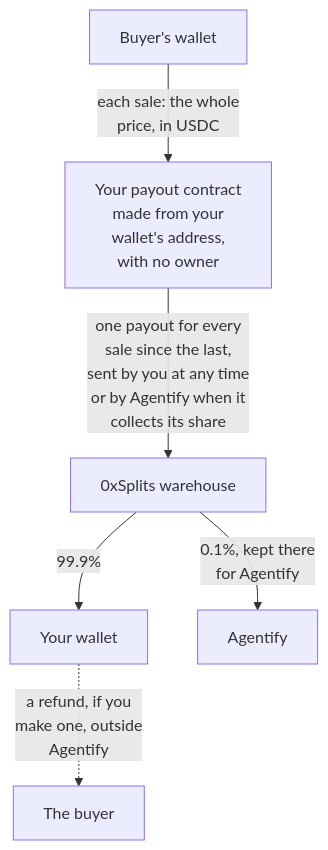
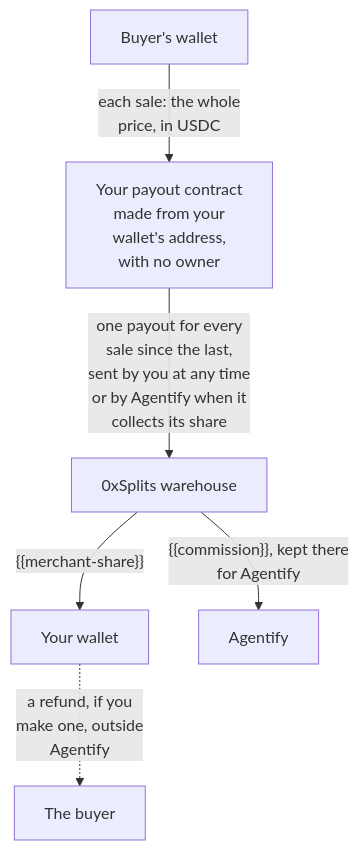
The diagram in apps/docs/money.md (nuanu-ai/agentify), drawn with Mermaid before and after one commit. The commit also changed other lines of this file and 8 other files, not shown here.

````diff
--- a/apps/docs/money.md
+++ b/apps/docs/money.md
@@ -10,10 +10,10 @@
 ```mermaid
 flowchart TB
     accTitle: Where a buyer's payment goes
-    accDescr: Each sale pays the whole price in USDC into your payout contract, which is made from your wallet's address and has no owner. One payout transaction, sent by you at any time or by Agentify when it collects its own share, pays out every sale since the last payout through the shared 0xSplits warehouse: 99.9 percent to your wallet, and 0.1 percent kept in the warehouse for Agentify. A refund, if you make one, goes from your wallet to the buyer outside Agentify, and closing fulfillment of an order moves no money.
+    accDescr: Each sale pays the whole price in USDC into your payout contract, which is made from your wallet's address and has no owner. One payout transaction, sent by you at any time or by Agentify when it collects its own share, pays out every sale since the last payout through the shared 0xSplits warehouse: {{merchant-share:words}} to your wallet, and {{commission:words}} kept in the warehouse for Agentify. A refund, if you make one, goes from your wallet to the buyer outside Agentify, and closing fulfillment of an order moves no money.
     B["Buyer's wallet"] -- "each sale: the whole<br/>price, in USDC" --> C["Your payout contract<br/>made from your<br/>wallet's address,<br/>with no owner"]
     C -- "one payout for every<br/>sale since the last,<br/>sent by you at any time<br/>or by Agentify when it<br/>collects its share" --> W["0xSplits warehouse"]
-    W -- "99.9%" --> Y["Your wallet"]
-    W -- "0.1%, kept there<br/>for Agentify" --> F["Agentify"]
+    W -- "{{merchant-share}}" --> Y["Your wallet"]
+    W -- "{{commission}}, kept there<br/>for Agentify" --> F["Agentify"]
     Y -. "a refund, if you<br/>make one, outside<br/>Agentify" .-> R["The buyer"]
 ```
````
